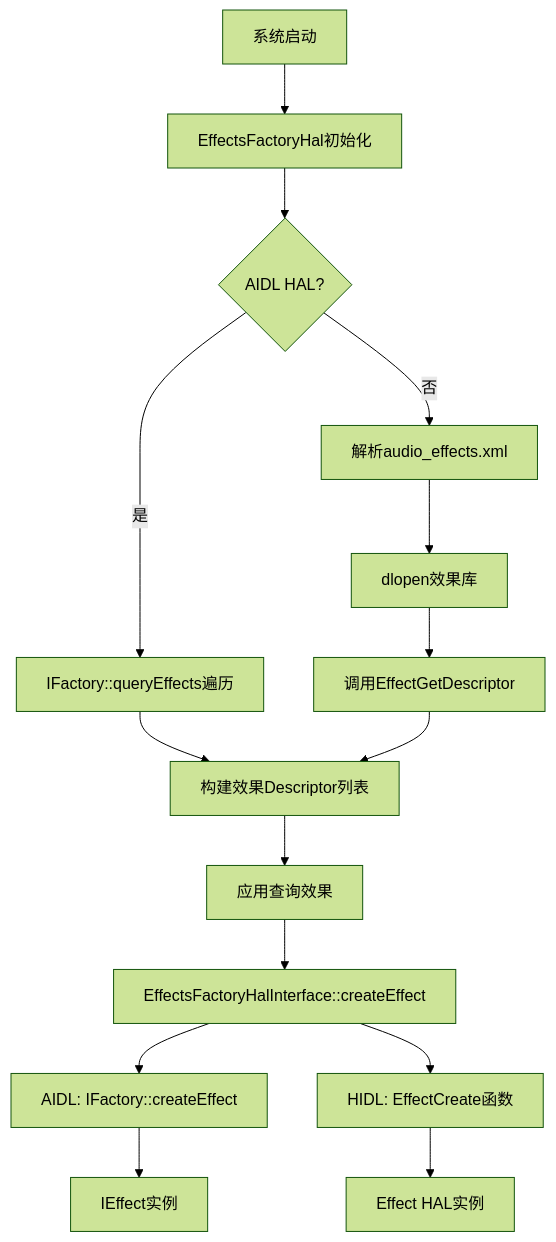
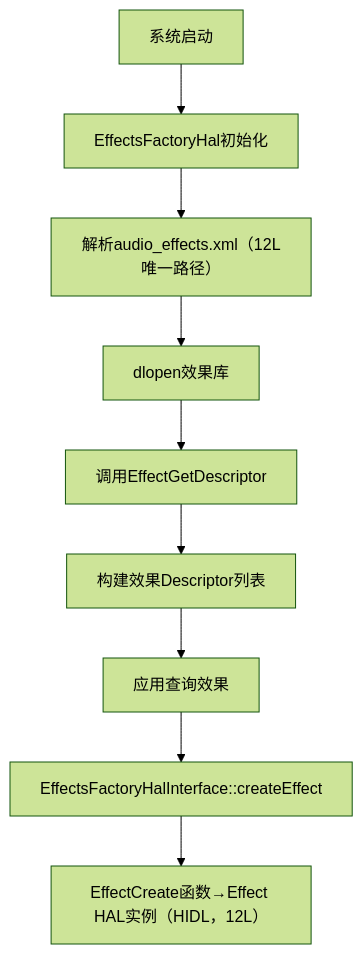
Before and after one commit to yanglinzhen1022/SA8295_AAOS_QNX_Audio_KnowledgeBase: the fourth of 7 diagrams in 07_Effects_Framework/07_7.9_内置效果与Vendor效果.md, drawn with Mermaid (forest theme). The commit also changed other lines of this file and 12 other files, not shown here.

````diff
--- a/07_Effects_Framework/07_7.9_内置效果与Vendor效果.md
+++ b/07_Effects_Framework/07_7.9_内置效果与Vendor效果.md
@@ -577,17 +580,11 @@
 ```mermaid
 graph TB
     A[系统启动] --> B[EffectsFactoryHal初始化]
-    B --> C{AIDL HAL?}
-    C -->|是| D[IFactory::queryEffects遍历]
-    C -->|否| E[解析audio_effects.xml]
+    B --> E[解析audio_effects.xml（12L唯一路径）]
     E --> F[dlopen效果库]
     F --> G[调用EffectGetDescriptor]
-    D --> H[构建效果Descriptor列表]
-    G --> H
+    G --> H[构建效果Descriptor列表]
     H --> I[应用查询效果]
     I --> J[EffectsFactoryHalInterface::createEffect]
-    J --> K[AIDL: IFactory::createEffect]
-    J --> L[HIDL: EffectCreate函数]
-    K --> M[IEffect实例]
-    L --> N[Effect HAL实例]
+    J --> N[EffectCreate函数→Effect HAL实例（HIDL，12L）]
 ```
````
